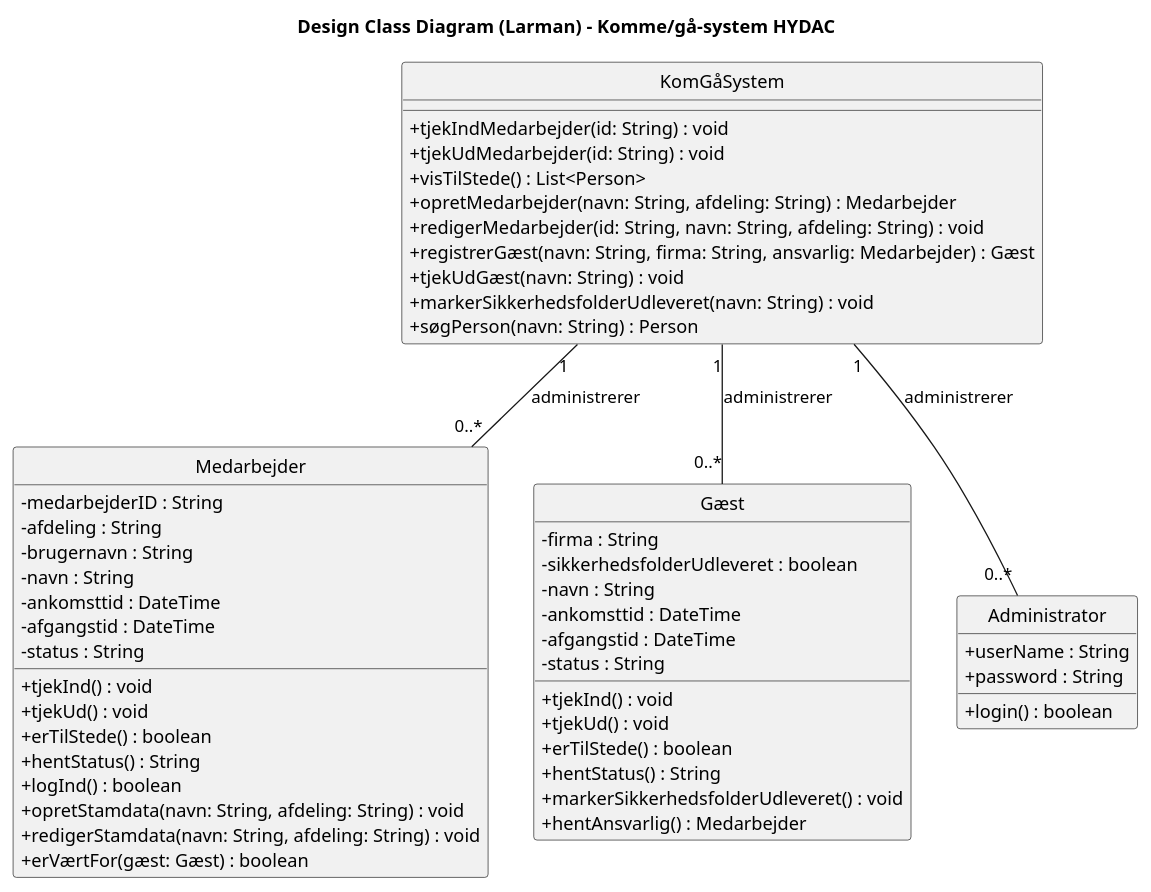
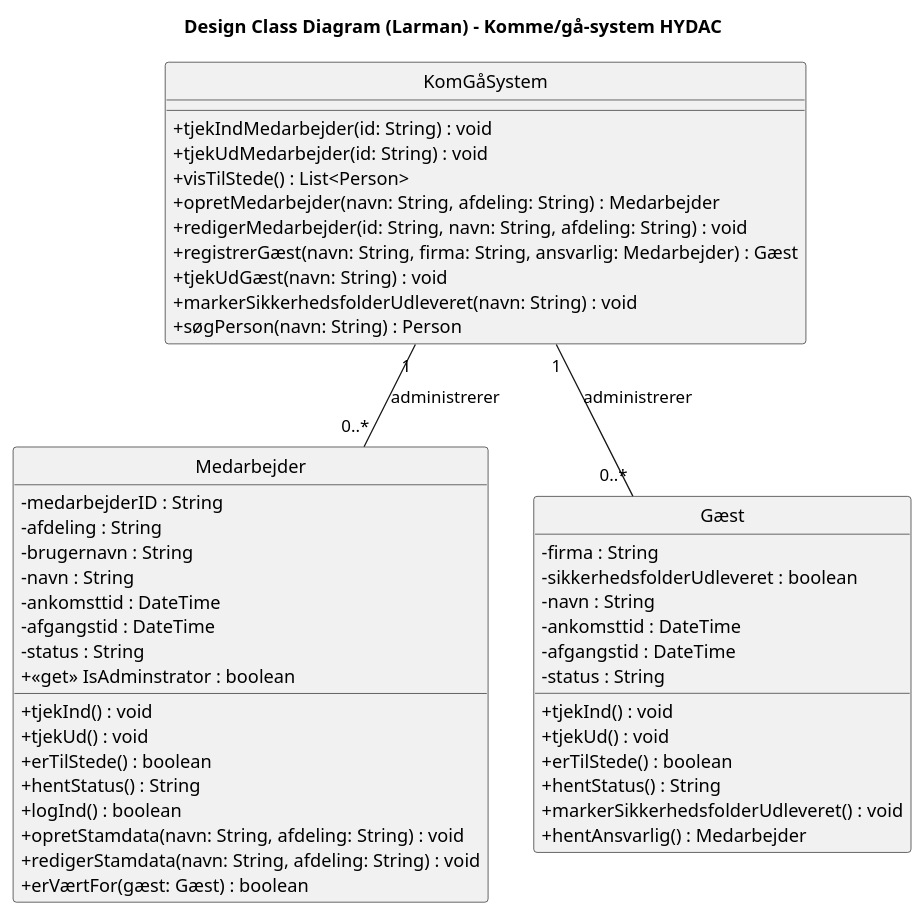
Before and after one commit to albla20/HydacTeamA4: the diagram in Artifacts/Designklassediagram.puml, drawn with PlantUML. The commit also changed 2 other files, not shown here.

```diff
--- a/Artifacts/Designklassediagram.puml
+++ b/Artifacts/Designklassediagram.puml
@@ -1,66 +1,62 @@
 @startuml Designklassediagram
 title Design Class Diagram (Larman) - Komme/gå-system HYDAC
 
 hide circle
 skinparam classAttributeIconSize 0
 hide emptymembers
 
 class KomGåSystem {
   + tjekIndMedarbejder(id: String) : void
   + tjekUdMedarbejder(id: String) : void
   + visTilStede() : List<Person>
   + opretMedarbejder(navn: String, afdeling: String) : Medarbejder
   + redigerMedarbejder(id: String, navn: String, afdeling: String) : void
   + registrerGæst(navn: String, firma: String, ansvarlig: Medarbejder) : Gæst
   + tjekUdGæst(navn: String) : void
   + markerSikkerhedsfolderUdleveret(navn: String) : void
   + søgPerson(navn: String) : Person
 }
 
 class Medarbejder {
   - medarbejderID : String
   - afdeling : String
   - brugernavn : String
   - navn : String
   - ankomsttid : DateTime
   - afgangstid : DateTime
   - status : String
+  + <<get>> IsAdminstrator : boolean
   + tjekInd() : void
   + tjekUd() : void
   + erTilStede() : boolean
   + hentStatus() : String
   + logInd() : boolean
   + opretStamdata(navn: String, afdeling: String) : void
   + redigerStamdata(navn: String, afdeling: String) : void
   + erVærtFor(gæst: Gæst) : boolean
 }
 
 class Gæst {
   - firma : String
   - sikkerhedsfolderUdleveret : boolean
   - navn : String
   - ankomsttid : DateTime
   - afgangstid : DateTime
   - status : String
   + tjekInd() : void
   + tjekUd() : void
   + erTilStede() : boolean
   + hentStatus() : String
   + markerSikkerhedsfolderUdleveret() : void
   + hentAnsvarlig() : Medarbejder
 }
 
-class Administrator {
-  + userName : String
-  + password : String
-  + login() : boolean
-}
-KomGåSystem "1" -- "0..*" Administrator : administrerer
+
 KomGåSystem "1" -- "0..*" Medarbejder : administrerer 
 KomGåSystem "1" -- "0..*" Gæst : administrerer 
 
 
 
 
 
 @enduml
```
